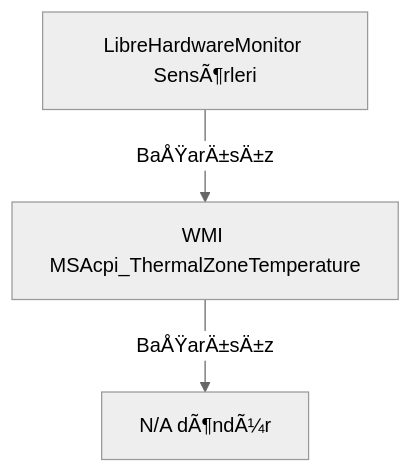
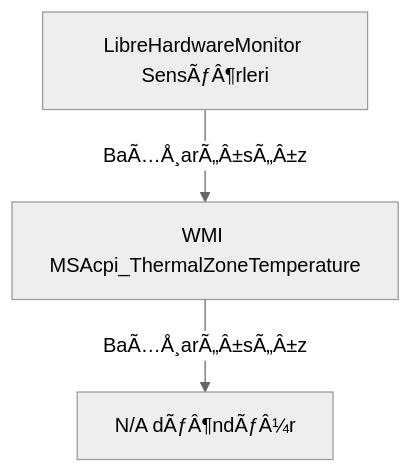
The first of 7 diagrams in Docs/ARCHITECTURE_DEEP_DIVE.md (siklone/RegProbe), drawn with Mermaid (neutral theme) before and after one commit. The commit also changed other lines of this file and 9 other files, not shown here.

````diff
--- a/Docs/ARCHITECTURE_DEEP_DIVE.md
+++ b/Docs/ARCHITECTURE_DEEP_DIVE.md
@@ -66,5 +66,5 @@
 ```mermaid
 graph TD
-    A[LibreHardwareMonitor SensÃ¶rleri] -->|BaÅŸarÄ±sÄ±z| B[WMI MSAcpi_ThermalZoneTemperature]
-    B -->|BaÅŸarÄ±sÄ±z| C["N/A" dÃ¶ndÃ¼r]
+    A[LibreHardwareMonitor SensÃƒÂ¶rleri] -->|BaÃ…Å¸arÃ„Â±sÃ„Â±z| B[WMI MSAcpi_ThermalZoneTemperature]
+    B -->|BaÃ…Å¸arÃ„Â±sÃ„Â±z| C["N/A" dÃƒÂ¶ndÃƒÂ¼r]
 ```
````
